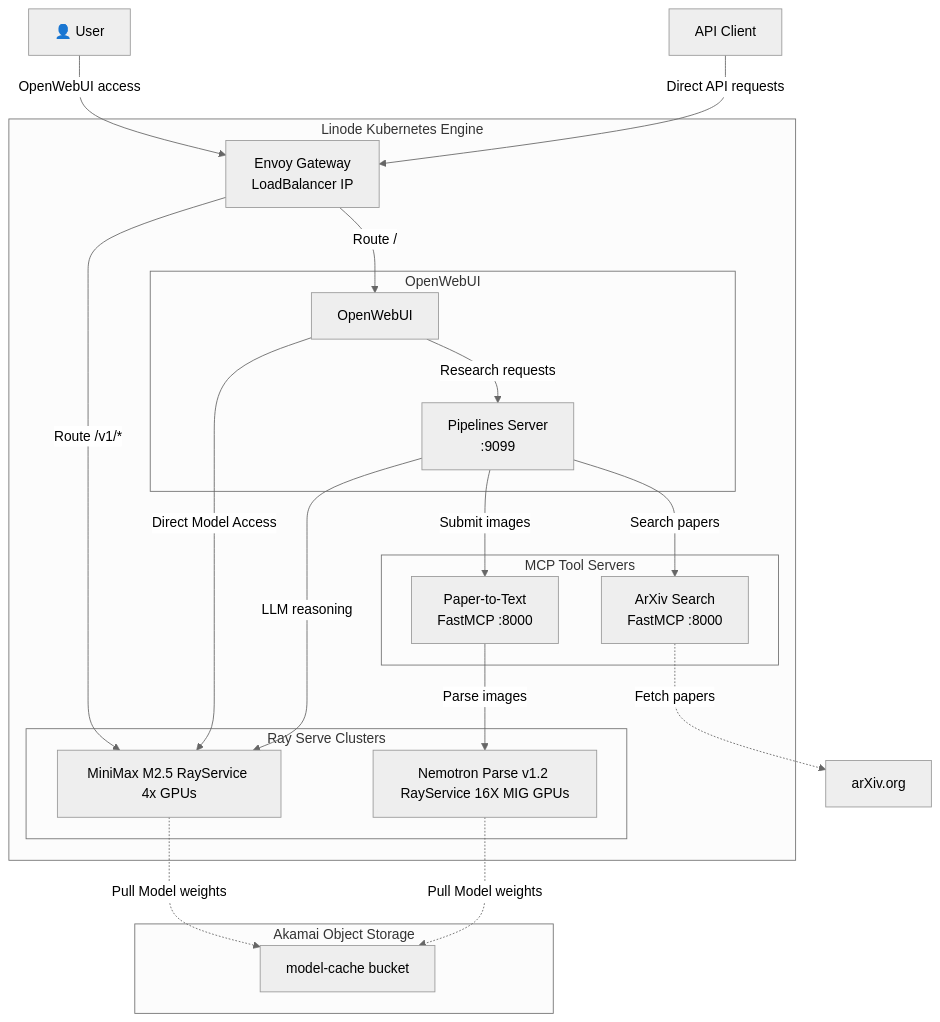
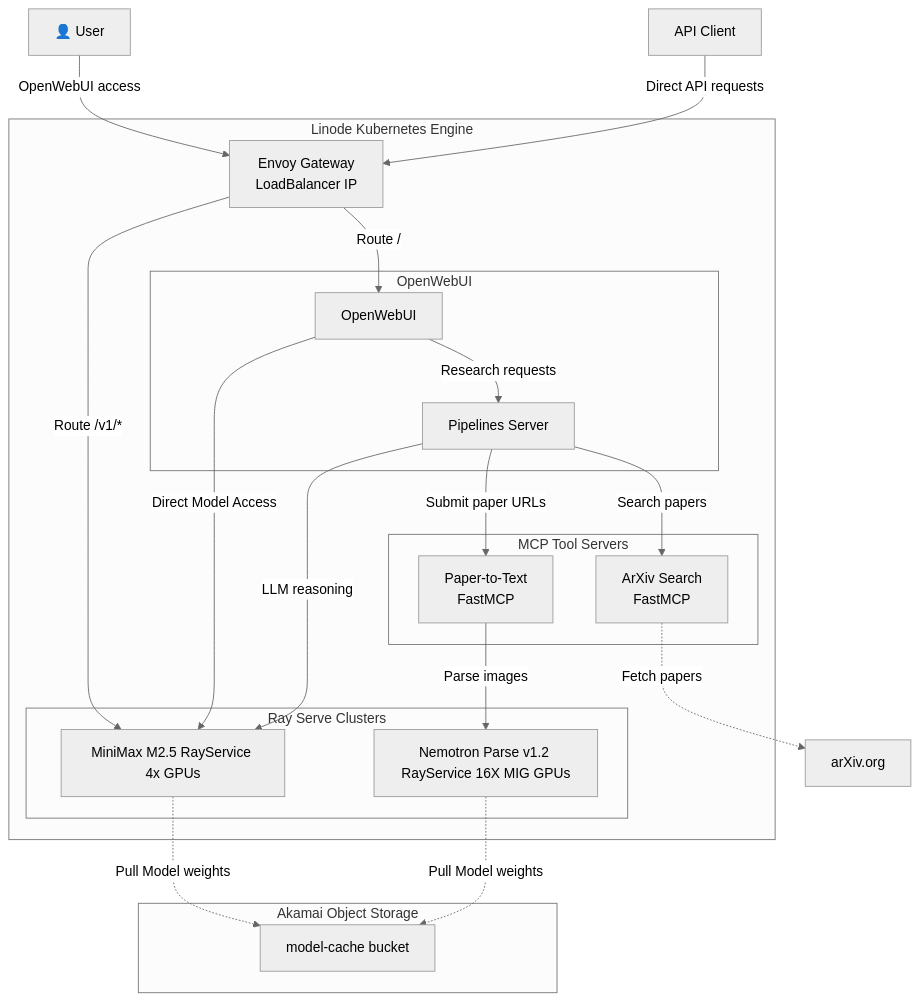
The first of 3 diagrams in README.md (akamai-developers/multimodal-kuberay), drawn with Mermaid (neutral theme) before and after one commit. The commit also changed 2 other files, not shown here.

Commit message:
Update diagram

````diff
--- a/README.md
+++ b/README.md
@@ -36,46 +36,46 @@
 ```mermaid
 ---
 config:
   flowchart:
 ---
 graph TB
     User["👤 User"]
     API["API Client"]
     subgraph KubernetesCluster["Linode Kubernetes Engine"]
         GW["Envoy Gateway<br/>LoadBalancer IP"]
         
         subgraph OpenWebUI
             WebUI["OpenWebUI"]
-            Pipelines["Pipelines Server<br/>:9099"]
+            Pipelines["Pipelines Server"]
         end
 
 
         subgraph MCPServers["MCP Tool Servers"]
-            ArXiv["ArXiv Search<br/>FastMCP :8000"]
-            PaperOCR["Paper-to-Text<br/>FastMCP :8000"]
+            ArXiv["ArXiv Search<br/>FastMCP"]
+            PaperOCR["Paper-to-Text<br/>FastMCP"]
         end
 
         subgraph Ray["Ray Serve Clusters"]
             MinimaxService[MiniMax M2.5 RayService 4x GPUs]
             NemotronService[Nemotron Parse v1.2 RayService 16X MIG GPUs]
         end
     end
     
     subgraph Storage["Akamai Object Storage"]
         ObjStore["model-cache bucket"]
     end
 
     User -->|OpenWebUI access| GW
     API -->|Direct API requests| GW
     WebUI -->|Research requests| Pipelines
     GW -->|Route /v1/*| MinimaxService
     WebUI -->|Direct Model Access| MinimaxService
     GW -->|Route /| WebUI
     Pipelines -->|Search papers| ArXiv
-    Pipelines -->|Submit images| PaperOCR
+    Pipelines -->|Submit paper URLs| PaperOCR
     PaperOCR -->|Parse images| NemotronService
     Pipelines -->|LLM reasoning| MinimaxService
     ArXiv -.->|Fetch papers| ExternalArXiv["arXiv.org"]
     MinimaxService -.->|Pull Model weights| ObjStore
     NemotronService -.->|Pull Model weights| ObjStore
 ```
````
